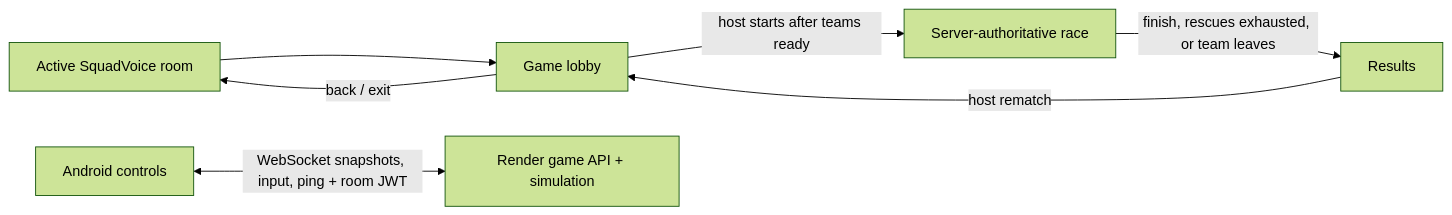
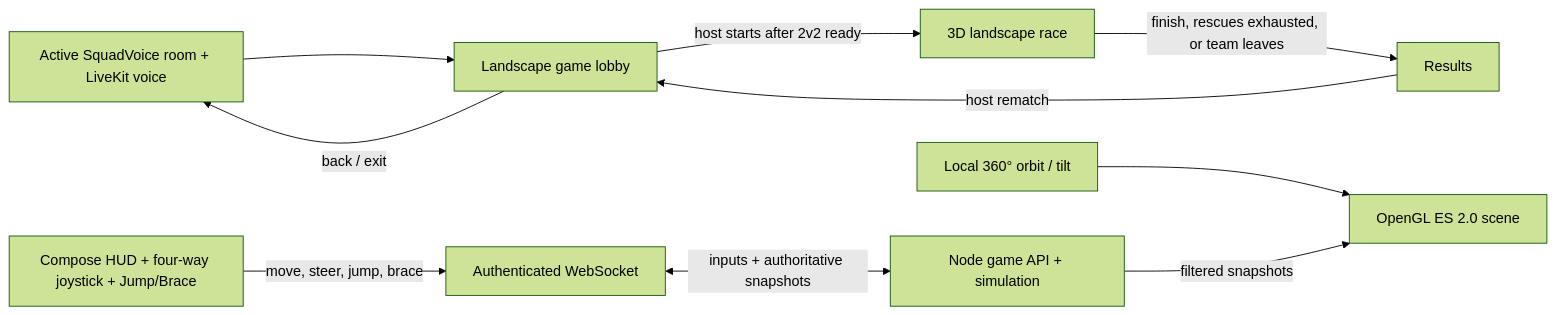
Before and after one commit to alok4041/voiceover: the diagram in docs/ROPEBOUND-GAME-GUIDE.md, drawn with Mermaid (forest theme). The commit also changed other lines of this file and 16 other files, not shown here.

````diff
--- a/docs/ROPEBOUND-GAME-GUIDE.md
+++ b/docs/ROPEBOUND-GAME-GUIDE.md
@@ -11,9 +11,12 @@
 ```mermaid
 flowchart LR
-    VoiceRoom[Active SquadVoice room] --> Lobby[Game lobby]
-    Lobby -->|host starts after teams ready| Race[Server-authoritative race]
+    VoiceRoom[Active SquadVoice room + LiveKit voice] --> Lobby[Landscape game lobby]
+    Lobby -->|host starts after 2v2 ready| Race[3D landscape race]
     Race -->|finish, rescues exhausted, or team leaves| Results[Results]
     Results -->|host rematch| Lobby
     Lobby -->|back / exit| VoiceRoom
-    Phone[Android controls] <-->|WebSocket snapshots, input, ping + room JWT| Server[Render game API + simulation]
+    UI[Compose HUD + four-way joystick + Jump/Brace] -->|move, steer, jump, brace| WS
+    Camera[Local 360° orbit / tilt] --> Renderer
+    WS[Authenticated WebSocket] <-->|inputs + authoritative snapshots| Server[Node game API + simulation]
+    Server -->|filtered snapshots| Renderer[OpenGL ES 2.0 scene]
 ```
````
